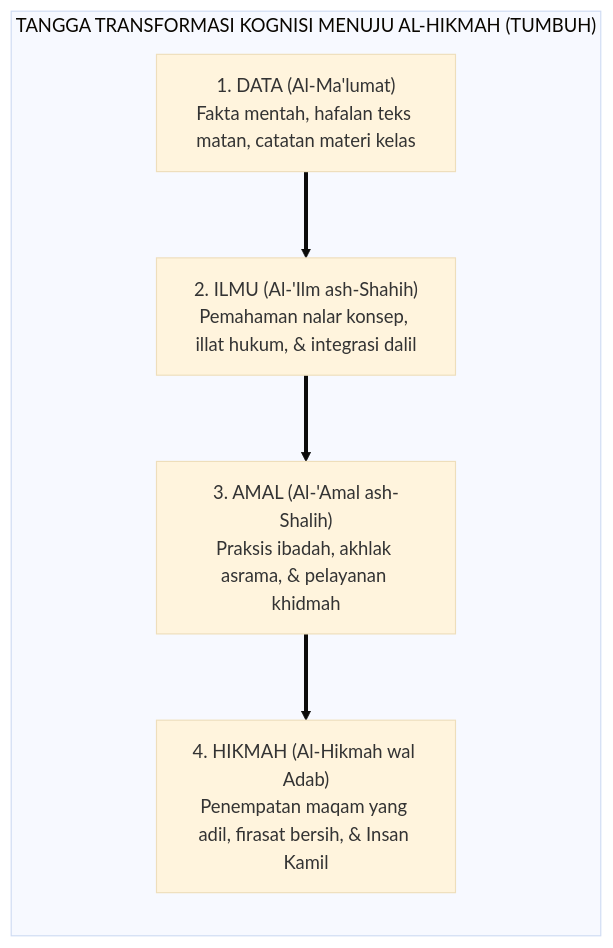
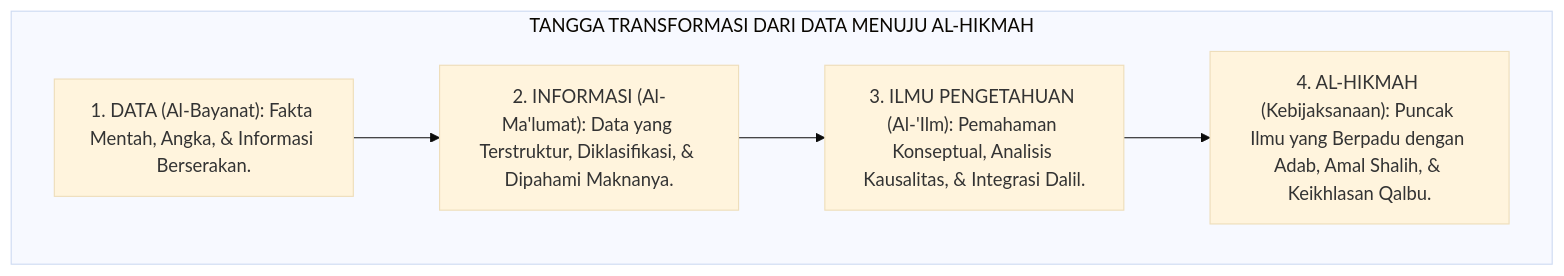
One commit to wandiapriliyandi/tumbuh changed the third of 6 diagrams in 01 Philosophy/01 Worldview/02 Epistemologi TUMBUH/P1-01-02-06-Hikmah-dan-Kebijaksanaan.md. Above: the diagram before and after it, drawn with Mermaid (base theme). The commit also changed other lines of this file and 9 other files, not shown here.

````diff
--- a/01 Philosophy/01 Worldview/02 Epistemologi TUMBUH/P1-01-02-06-Hikmah-dan-Kebijaksanaan.md
+++ b/01 Philosophy/01 Worldview/02 Epistemologi TUMBUH/P1-01-02-06-Hikmah-dan-Kebijaksanaan.md
@@ -379,11 +126,10 @@
 ```mermaid
-graph LR
-    subgraph TanggaTransformasiIlmu["TANGGA TRANSFORMASI KOGNISI MENUJU AL-HIKMAH (TUMBUH)"]
-        D["1. DATA (Al-Ma'lumat)<br/>Fakta mentah, hafalan teks matan, catatan materi kelas"]
-        I["2. ILMU (Al-'Ilm ash-Shahih)<br/>Pemahaman nalar konsep, illat hukum, & integrasi dalil"]
-        A["3. AMAL (Al-'Amal ash-Shalih)<br/>Praksis ibadah, akhlak asrama, & pelayanan khidmah"]
-        H["4. HIKMAH (Al-Hikmah wal Adab)<br/>Penempatan maqam yang adil, firasat bersih, & Insan Kamil"]
+flowchart TD
+    subgraph TanggaKognisiHikmah["TANGGA TRANSFORMASI DARI DATA MENUJU AL-HIKMAH"]
         
-        D ==> I ==> A ==> H
+        L1["1. DATA (Al-Bayanat): Fakta Mentah, Angka, & Informasi Berserakan."]
+        --> L2["2. INFORMASI (Al-Ma'lumat): Data yang Terstruktur, Diklasifikasi, & Dipahami Maknanya."]
+        --> L3["3. ILMU PENGETAHUAN (Al-'Ilm): Pemahaman Konseptual, Analisis Kausalitas, & Integrasi Dalil."]
+        --> L4["4. AL-HIKMAH (Kebijaksanaan): Puncak Ilmu yang Berpadu dengan Adab, Amal Shalih, & Keikhlasan Qalbu."]
     end
 ```
````
